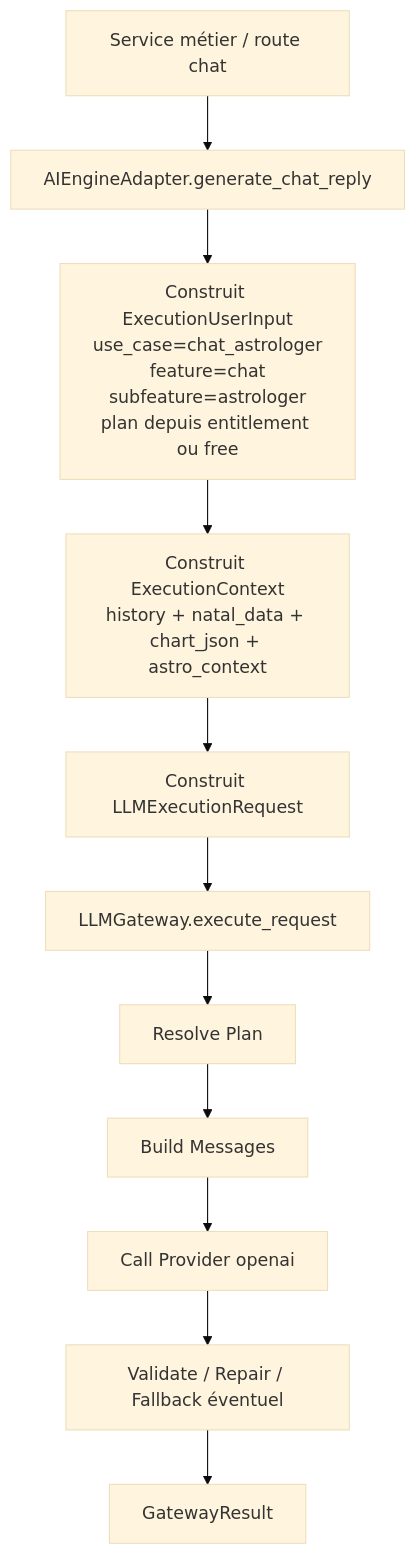
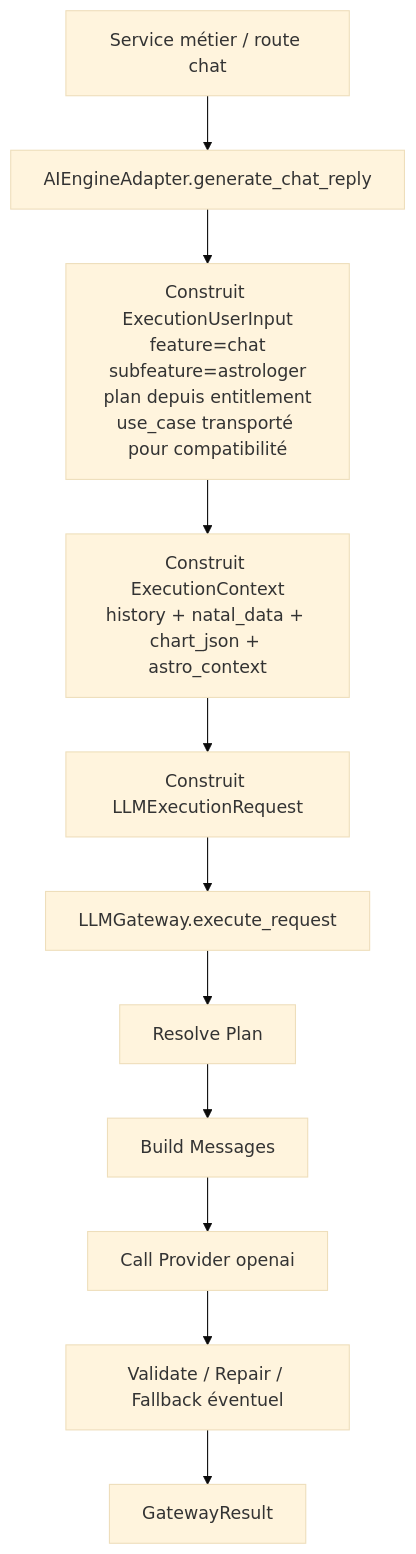
Before and after one commit to daconrilcy/horoscope_front: the second of 7 diagrams in docs/llm-prompt-generation-by-feature.md, drawn with Mermaid (base theme). The commit also changed other lines of this file, not shown here.

Commit message:
docs(llm): align feature prompt guide with story 66-20

````diff
--- a/docs/llm-prompt-generation-by-feature.md
+++ b/docs/llm-prompt-generation-by-feature.md
@@ -144,13 +152,13 @@
 ```mermaid
 flowchart TD
     A["Service métier / route chat"] --> B["AIEngineAdapter.generate_chat_reply"]
-    B --> C["Construit ExecutionUserInput<br/>use_case=chat_astrologer<br/>feature=chat<br/>subfeature=astrologer<br/>plan depuis entitlement ou free"]
+    B --> C["Construit ExecutionUserInput<br/>feature=chat<br/>subfeature=astrologer<br/>plan depuis entitlement<br/>use_case transporté pour compatibilité"]
     C --> D["Construit ExecutionContext<br/>history + natal_data + chart_json + astro_context"]
     D --> E["Construit LLMExecutionRequest"]
     E --> F["LLMGateway.execute_request"]
     F --> G["Resolve Plan"]
     G --> H["Build Messages"]
     H --> I["Call Provider openai"]
     I --> J["Validate / Repair / Fallback éventuel"]
     J --> K["GatewayResult"]
 ```
````
